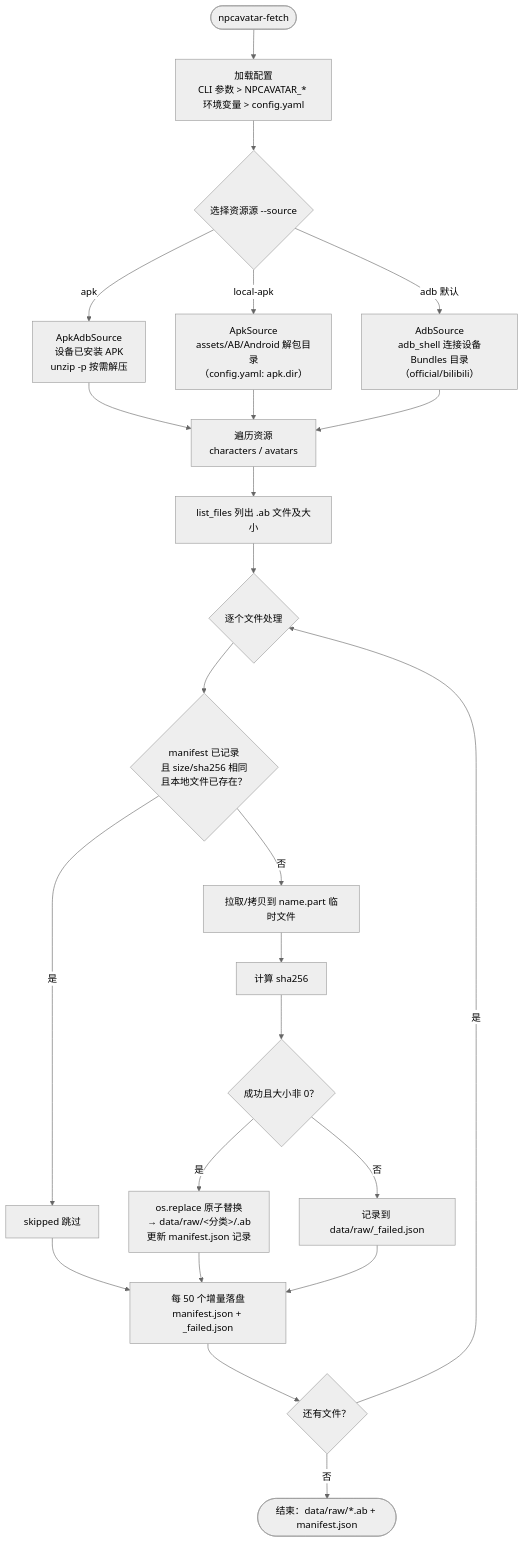
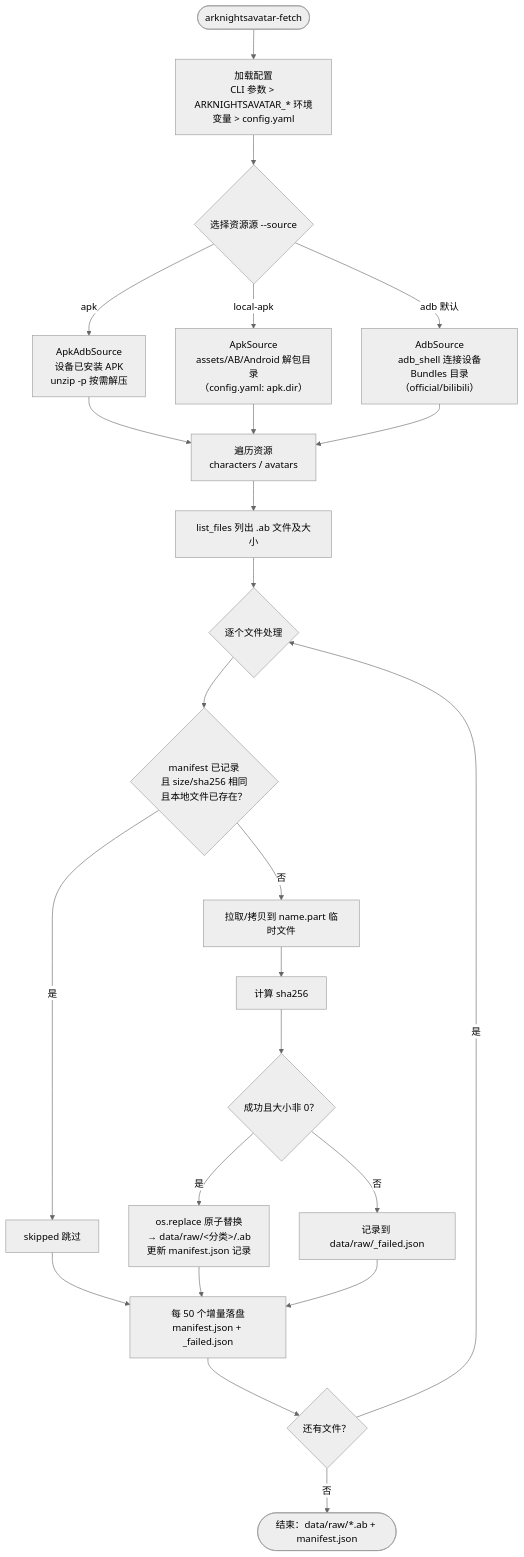
The second of 11 diagrams in docs/生产流程图.md (Arkfans/ArknightsAvatar), drawn with Mermaid (neutral theme) before and after one commit. The commit also changed other lines of this file and 120 other files, not shown here.

````diff
--- a/docs/生产流程图.md
+++ b/docs/生产流程图.md
@@ -49,26 +78,26 @@
 ```mermaid
 flowchart TD
-    Start(["npcavatar-fetch"]) --> Cfg["加载配置<br/>CLI 参数 > NPCAVATAR_* 环境变量 > config.yaml"]
+    Start(["arknightsavatar-fetch"]) --> Cfg["加载配置<br/>CLI 参数 > ARKNIGHTSAVATAR_* 环境变量 > config.yaml"]
     Cfg --> Src{"选择资源源 --source"}
     Src -->|"apk"| APK["ApkAdbSource<br/>设备已安装 APK<br/>unzip -p 按需解压"]
     Src -->|"local-apk"| LOCAL["ApkSource<br/>assets/AB/Android 解包目录<br/>（config.yaml: apk.dir）"]
     Src -->|"adb 默认"| ADB["AdbSource<br/>adb_shell 连接设备<br/>Bundles 目录（official/bilibili）"]
     APK --> Cat["遍历资源<br/>characters / avatars"]
     LOCAL --> Cat
     ADB --> Cat
     Cat --> List["list_files 列出 .ab 文件及大小"]
     List --> Loop{"逐个文件处理"}
     Loop --> Chk{"manifest 已记录<br/>且 size/sha256 相同<br/>且本地文件已存在？"}
     Chk -->|"是"| Skip["skipped 跳过"]
     Chk -->|"否"| Pull["拉取/拷贝到 name.part 临时文件"]
     Pull --> Hash["计算 sha256"]
     Hash --> OK{"成功且大小非 0？"}
     OK -->|"是"| Move["os.replace 原子替换<br/>→ data/raw/<分类>/<name>.ab<br/>更新 manifest.json 记录"]
     OK -->|"否"| Fail["记录到 data/raw/_failed.json"]
     Move --> Save["每 50 个增量落盘<br/>manifest.json + _failed.json"]
     Skip --> Save
     Fail --> Save
     Save --> Next{"还有文件？"}
     Next -->|"是"| Loop
     Next -->|"否"| Done(["结束：data/raw/*.ab + manifest.json"])
 ```
````
